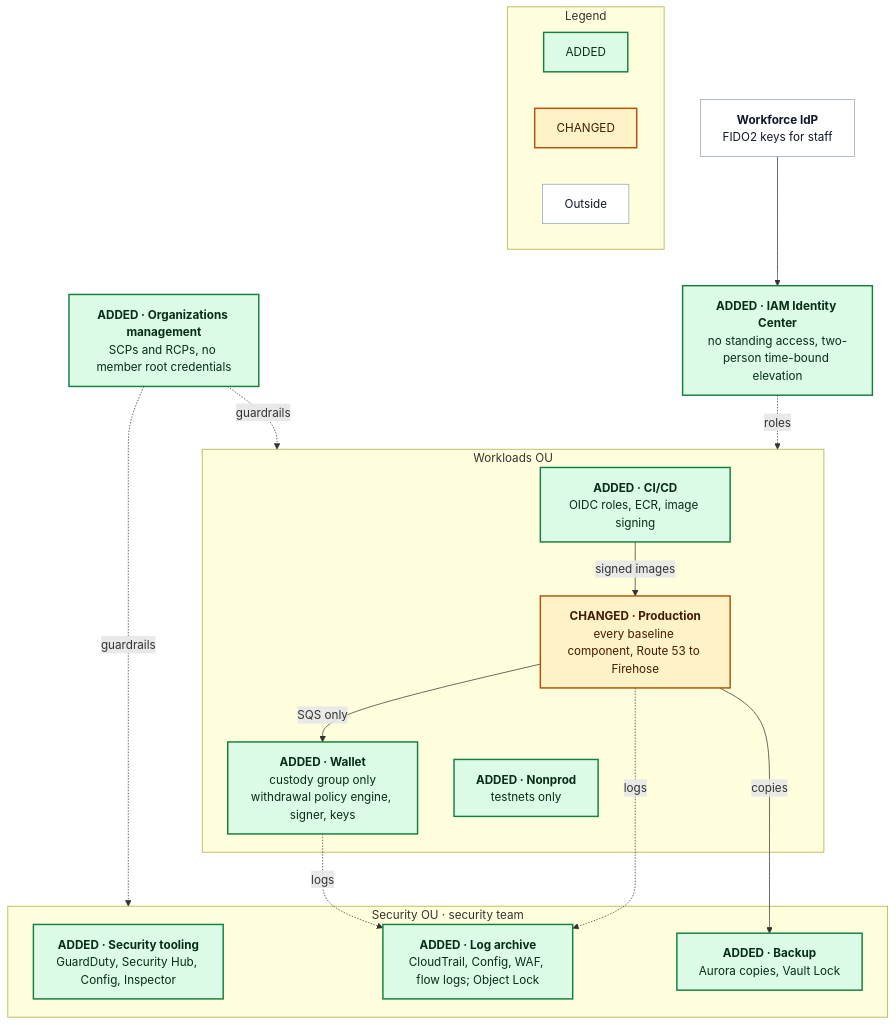
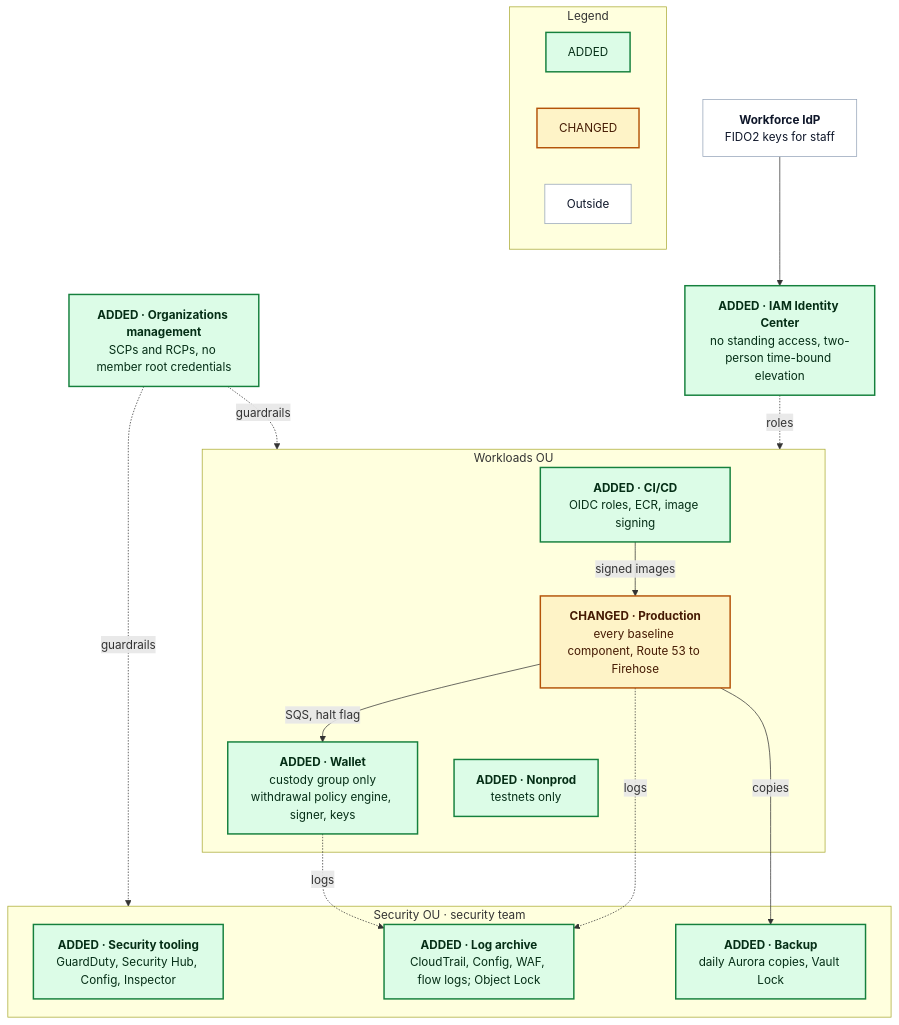
Before and after one commit to ndmquan-git/devops-challenge-ndmquan: the third of 3 diagrams in src/problem5/SOLUTION.md, drawn with Mermaid. The commit also changed other lines of this file and 23 other files, not shown here.

````diff
--- a/src/problem5/SOLUTION.md
+++ b/src/problem5/SOLUTION.md
@@ -301,51 +311,51 @@
 ```mermaid
 flowchart TB
   classDef added fill:#dcfce7,stroke:#15803d,stroke-width:2px,color:#052e16
   classDef changed fill:#fef3c7,stroke:#b45309,stroke-width:2px,color:#451a03
   classDef external fill:#ffffff,stroke:#94a3b8,color:#0f172a
 
   idp["`**Workforce IdP**
 FIDO2 keys for staff`"]:::external
   idc["`**ADDED · IAM Identity Center**
 no standing access, two-person time-bound elevation`"]:::added
   org["`**ADDED · Organizations management**
 SCPs and RCPs, no member root credentials`"]:::added
 
   subgraph secou["Security OU · security team"]
     tool["`**ADDED · Security tooling**
 GuardDuty, Security Hub, Config, Inspector`"]:::added
     logs["`**ADDED · Log archive**
 CloudTrail, Config, WAF, flow logs; Object Lock`"]:::added
     bak["`**ADDED · Backup**
-Aurora copies, Vault Lock`"]:::added
+daily Aurora copies, Vault Lock`"]:::added
   end
 
   subgraph wlou["Workloads OU"]
     cicd["`**ADDED · CI/CD**
 OIDC roles, ECR, image signing`"]:::added
     prd["`**CHANGED · Production**
 every baseline component, Route 53 to Firehose`"]:::changed
     wal["`**ADDED · Wallet**
 custody group only
 withdrawal policy engine, signer, keys`"]:::added
     np["`**ADDED · Nonprod**
 testnets only`"]:::added
   end
 
   idp --> idc
   idc -.->|roles| wlou
   org -.->|guardrails| secou
   org -.->|guardrails| wlou
   cicd -->|signed images| prd
-  prd -->|SQS only| wal
+  prd -->|SQS, halt flag| wal
   prd -->|copies| bak
   prd -.->|logs| logs
   wal -.->|logs| logs
 
   subgraph legend["Legend"]
     direction LR
     LA["ADDED"]:::added
     LC["CHANGED"]:::changed
     LE["Outside"]:::external
   end
 ```
````
